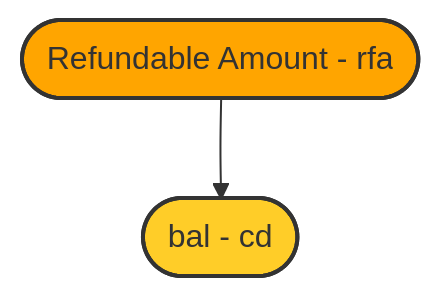
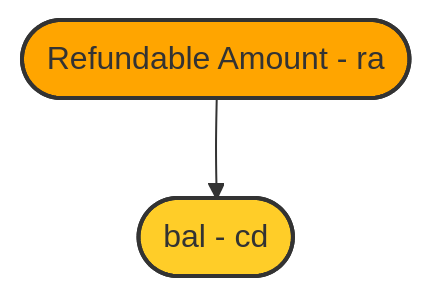
One commit to sablier-labs/flow changed the seventh of 8 diagrams in diagrams.md. Above: the diagram before and after it, drawn with Mermaid. The commit also changed 1 other file, not shown here.

Commit message:
docs: replace rfa with ra

````diff
--- a/diagrams.md
+++ b/diagrams.md
@@ -222,10 +222,10 @@
 ```mermaid
     flowchart TD
-    rfa([Refundable Amount - rfa]):::orange0
-    res_rfa([bal - cd]):::orange1
-    rfa --> res_rfa
+    ra([Refundable Amount - ra]):::orange0
+    res_ra([bal - cd]):::orange1
+    ra --> res_ra
 
     classDef orange0 fill:#FFA500,stroke:#333,stroke-width:2px;
     classDef orange1 fill:#FFCD28,stroke:#333,stroke-width:2px;
 
 ```
````
